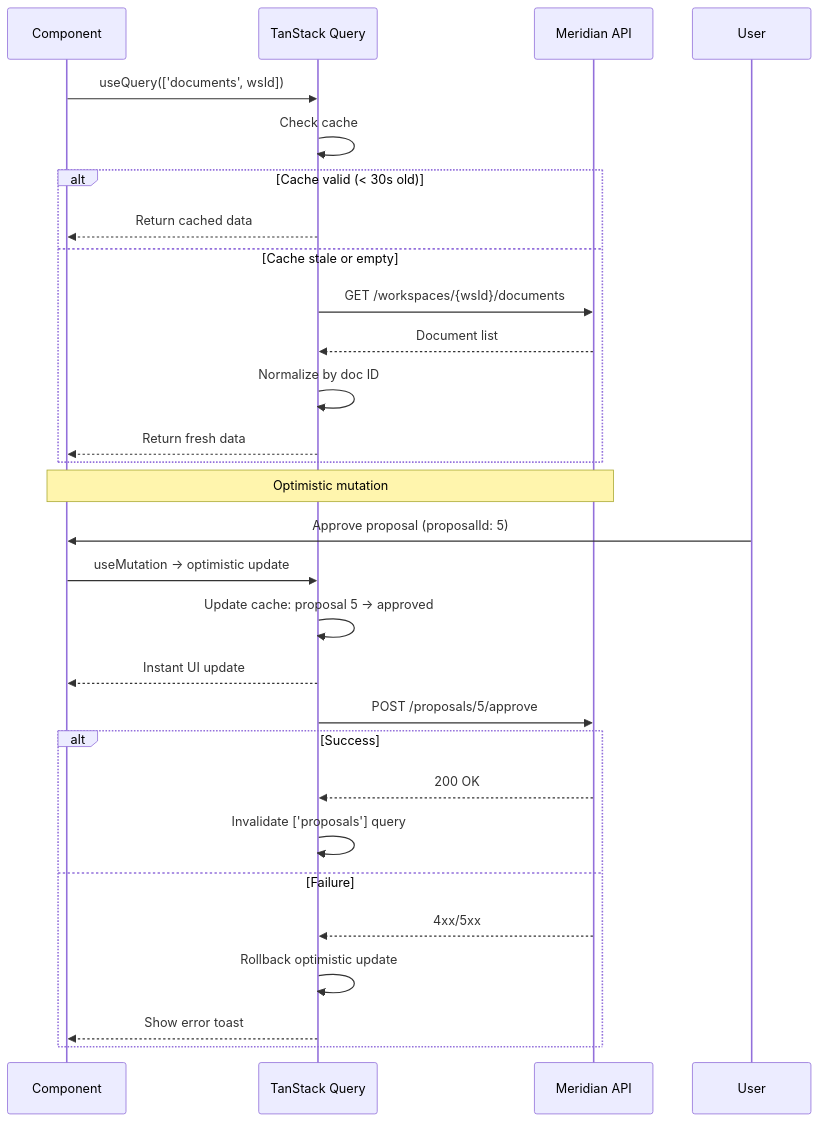
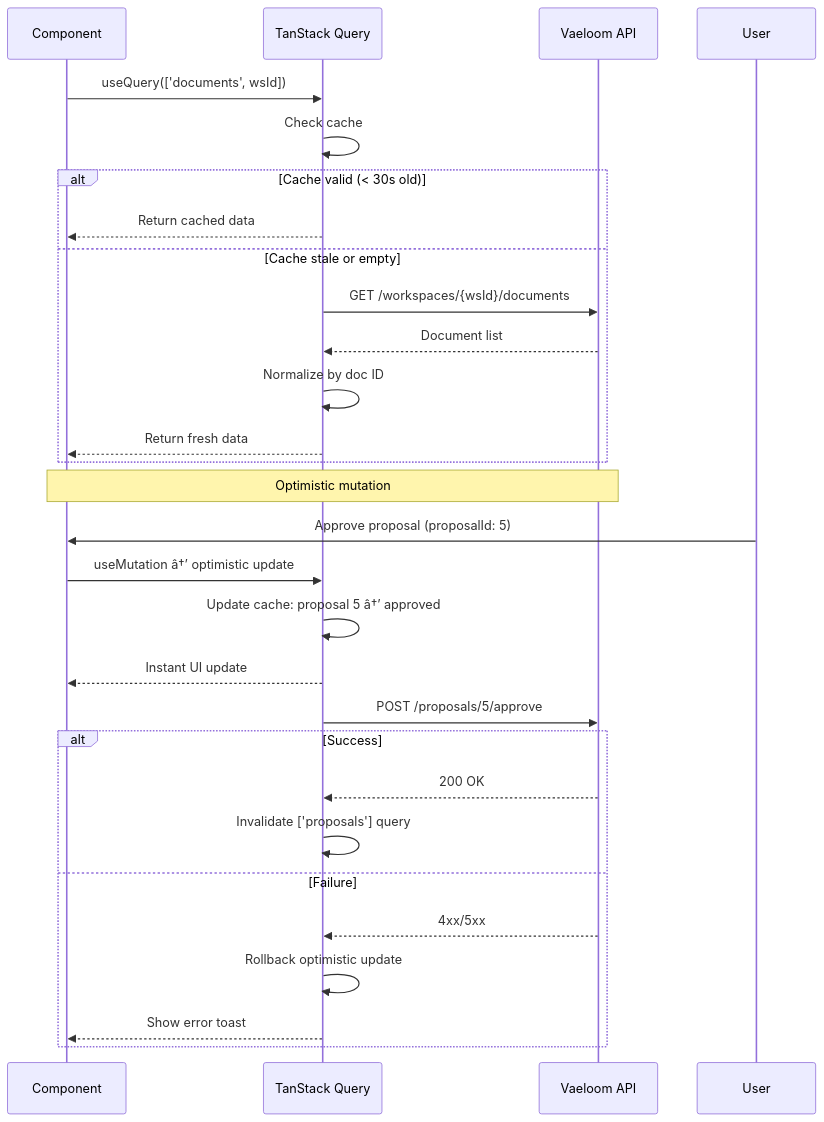
The second of 2 diagrams in Docs/Frontend/State-Management.md (Driftloom/Vaeloom), drawn with Mermaid before and after one commit. The commit also changed other lines of this file and 249 other files, not shown here.

Commit message:
Rename all references from Meridian to Vaeloom across docs, scripts, and config

````diff
--- a/Docs/Frontend/State-Management.md
+++ b/Docs/Frontend/State-Management.md
@@ -147,33 +147,33 @@
 ```mermaid
 sequenceDiagram
     participant C as Component
     participant TQ as TanStack Query
-    participant API as Meridian API
+    participant API as Vaeloom API
     participant U as User
 
     C->>TQ: useQuery(['documents', wsId])
     TQ->>TQ: Check cache
     alt Cache valid (< 30s old)
         TQ-->>C: Return cached data
     else Cache stale or empty
         TQ->>API: GET /workspaces/{wsId}/documents
         API-->>TQ: Document list
         TQ->>TQ: Normalize by doc ID
         TQ-->>C: Return fresh data
     end
 
     Note over C,API: Optimistic mutation
     U->>C: Approve proposal (proposalId: 5)
-    C->>TQ: useMutation → optimistic update
-    TQ->>TQ: Update cache: proposal 5 → approved
+    C->>TQ: useMutation â†’ optimistic update
+    TQ->>TQ: Update cache: proposal 5 â†’ approved
     TQ-->>C: Instant UI update
     TQ->>API: POST /proposals/5/approve
     alt Success
         API-->>TQ: 200 OK
         TQ->>TQ: Invalidate ['proposals'] query
     else Failure
         API-->>TQ: 4xx/5xx
         TQ->>TQ: Rollback optimistic update
         TQ-->>C: Show error toast
     end
 ```
````
